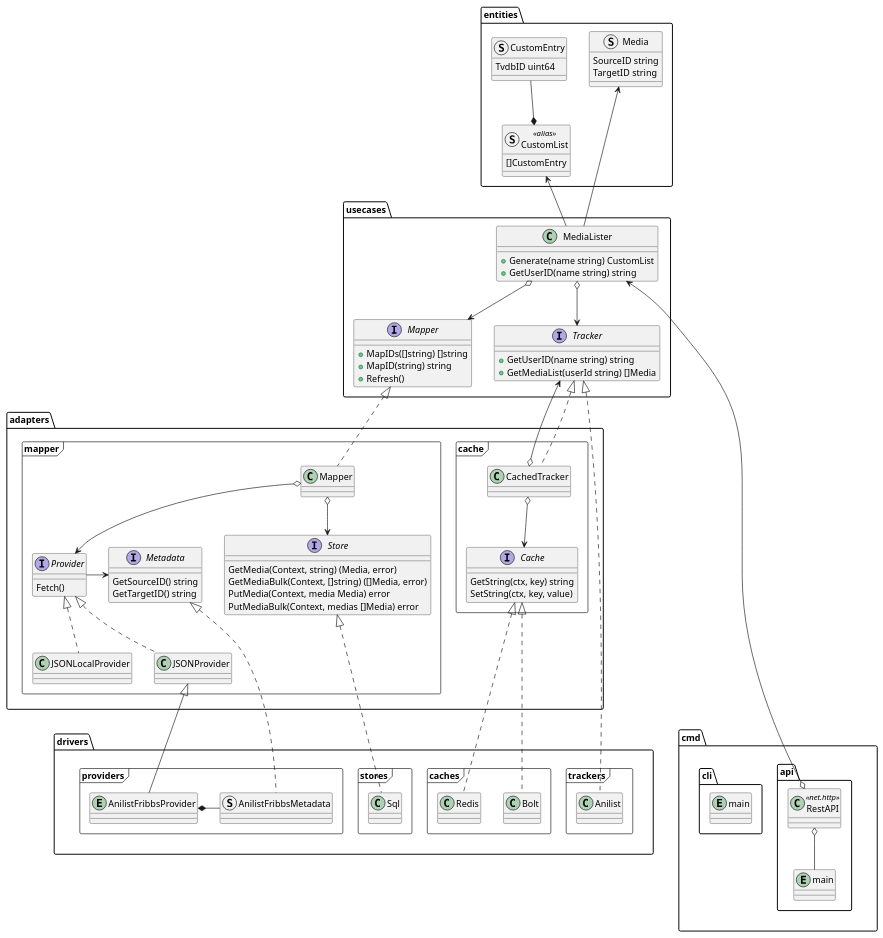
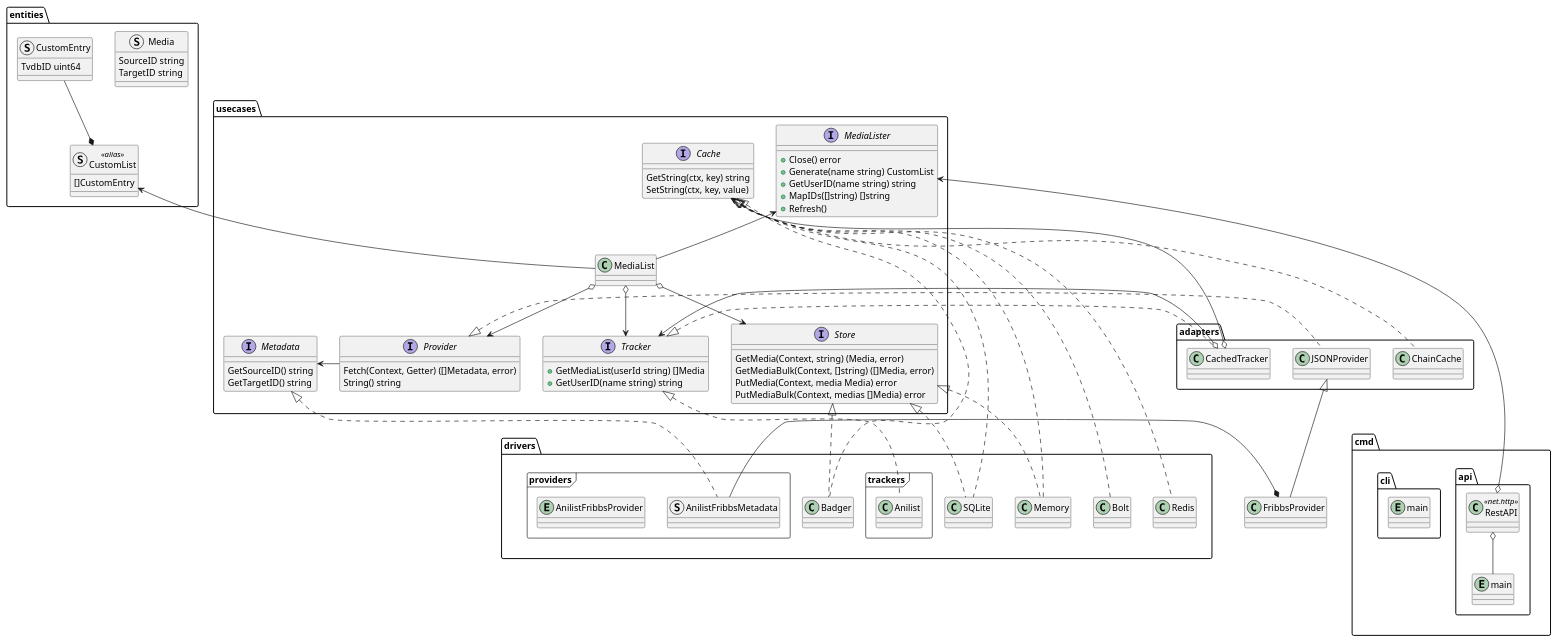
One commit to wwmoraes/anilistarr changed the diagram in docs/components.puml. Above: the diagram before and after it, drawn with PlantUML. The commit also changed 151 other files, not shown here.

```diff
--- a/docs/components.puml
+++ b/docs/components.puml
@@ -1,137 +1,138 @@
 @startuml components
 
 package entities {
   struct Media {
     SourceID string
     TargetID string
   }
 
   struct CustomEntry {
     TvdbID uint64
   }
 
   struct CustomList <<alias>> {
     []CustomEntry
   }
 }
 
 package usecases {
-  interface "Mapper" as IMapper {
+  interface MediaLister {
+    +Close() error
+    +Generate(name string) CustomList
+    +GetUserID(name string) string
     +MapIDs([]string) []string
-    +MapID(string) string
     +Refresh()
   }
 
   interface Tracker {
+    +GetMediaList(userId string) []Media
     +GetUserID(name string) string
-    +GetMediaList(userId string) []Media
   }
 
-  class MediaLister {
-    +Generate(name string) CustomList
-    +GetUserID(name string) string
+  interface Store {
+    GetMedia(Context, string) (Media, error)
+    GetMediaBulk(Context, []string) ([]Media, error)
+    PutMedia(Context, media Media) error
+    PutMediaBulk(Context, medias []Media) error
   }
+
+  interface Provider {
+    Fetch(Context, Getter) ([]Metadata, error)
+    String() string
+  }
+
+  interface Metadata {
+    GetSourceID() string
+    GetTargetID() string
+  }
+
+  interface Cache {
+    GetString(ctx, key) string
+    SetString(ctx, key, value)
+  }
+
+  class MediaList
 }
 
 package adapters {
-  package mapper <<Frame>> {
-    interface Provider {
-      Fetch()
-    }
-
-    interface Metadata {
-      GetSourceID() string
-      GetTargetID() string
-    }
-
-    interface Store {
-      GetMedia(Context, string) (Media, error)
-      GetMediaBulk(Context, []string) ([]Media, error)
-      PutMedia(Context, media Media) error
-      PutMediaBulk(Context, medias []Media) error
-    }
-
-    class JSONLocalProvider
-    class JSONProvider
-    class Mapper
-  }
-
-  package cache <<Frame>> {
-    interface Cache {
-      GetString(ctx, key) string
-      SetString(ctx, key, value)
-    }
-
-    class CachedTracker
-  }
+  class CachedTracker
+  class JSONProvider
+  class ChainCache
 }
 
 package drivers {
   package providers <<Frame>> {
     struct AnilistFribbsMetadata
     entity AnilistFribbsProvider
   }
 
-  package stores <<Frame>> {
-    class Sql
-  }
-
-  package caches <<Frame>> {
-    class Redis
-    class Bolt
-  }
-
   package trackers <<Frame>> {
     class Anilist
   }
+
+  class Redis
+  class Bolt
+  class Badger
+  class SQLite
+  class Memory
 }
 
 package cmd {
   package api {
     class RestAPI <<net.http>>
     entity "main" as apiMain
 
     RestAPI o-- apiMain
   }
 
   package cli {
     entity "main" as cliMain
   }
 }
 
 '' visual hack to force both outer-level packages on the same rank
 drivers -[hidden] cmd
 
 '' entities
 CustomEntry --* CustomList
+
 '' use-cases
-Media <-- MediaLister
-CustomList <-- MediaLister
-MediaLister o--> IMapper
-MediaLister o--> Tracker
-'' adapters/mapper
-IMapper <|-[dashed]- Mapper
+CustomList <-- MediaList
+MediaLister <-- MediaList
 Provider -> Metadata
-Mapper o--> Provider
-Mapper o--> Store
-Provider <|-[dashed]- JSONLocalProvider
+
+MediaList o--> Tracker
+MediaList o--> Provider
+MediaList o--> Store
 Provider <|-[dashed]- JSONProvider
-'' adapters/cache
+
+'' adapters
 Tracker <|-[dashed]- CachedTracker
+Cache <|-[dashed]- ChainCache
+
 CachedTracker o--> Cache
 CachedTracker o--> Tracker
-'' drivers/providers
-AnilistFribbsMetadata -* AnilistFribbsProvider
-JSONProvider <|-- AnilistFribbsProvider
+
+'' drivers
 Metadata <|-[dashed]- AnilistFribbsMetadata
-'' drivers/stores
-Store <|-[dashed]- Sql
-'' drivers/caches
+JSONProvider <|-- FribbsProvider
+
+AnilistFribbsMetadata -* FribbsProvider
+
+'' drivers
+Cache <|-[dashed]- Badger
 Cache <|-[dashed]- Bolt
+Cache <|-[dashed]- Memory
 Cache <|-[dashed]- Redis
-'' drivers/trackers
+Cache <|-[dashed]- SQLite
+
+Store <|-[dashed]- Badger
+Store <|-[dashed]- Memory
+Store <|-[dashed]- SQLite
+
 Tracker <|-[dashed]- Anilist
+
 '' cmd
 MediaLister <--o RestAPI
 
 @enduml
```
